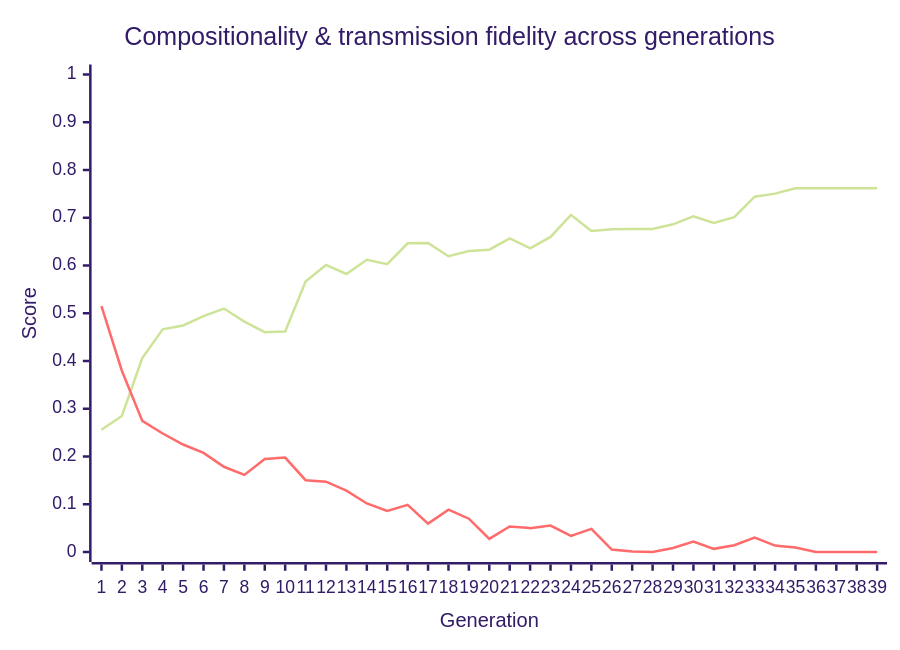
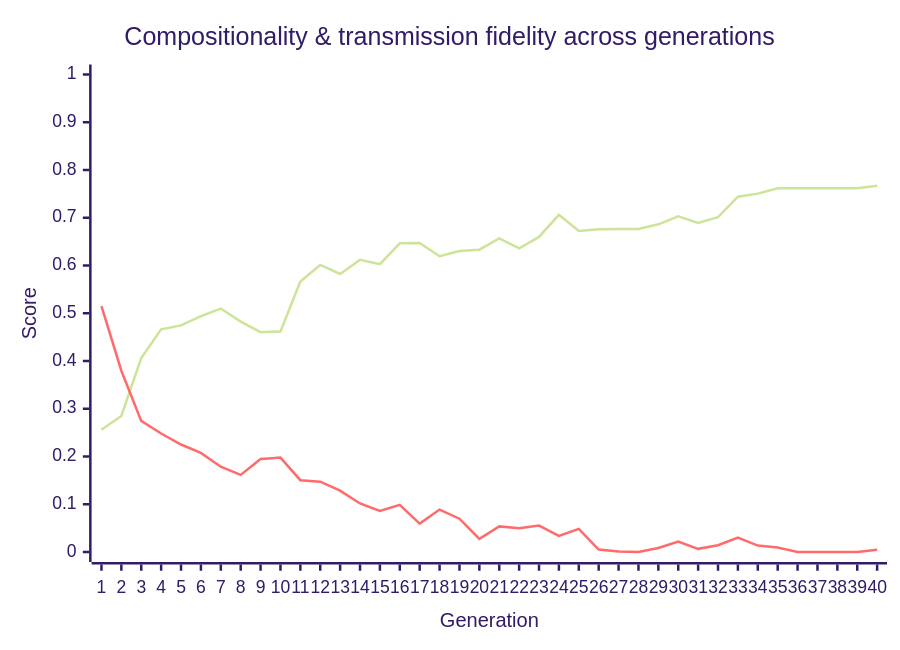
Before and after one commit to nichobbs/traditio: the diagram in metrics/latest-report.md, drawn with Mermaid (forest theme). The commit also changed other lines of this file and 1 other file, not shown here.

````diff
--- a/metrics/latest-report.md
+++ b/metrics/latest-report.md
@@ -40,8 +40,8 @@
 ```mermaid
 xychart-beta
     title "Compositionality & transmission fidelity across generations"
-    x-axis "Generation" [1, 2, 3, 4, 5, 6, 7, 8, 9, 10, 11, 12, 13, 14, 15, 16, 17, 18, 19, 20, 21, 22, 23, 24, 25, 26, 27, 28, 29, 30, 31, 32, 33, 34, 35, 36, 37, 38, 39]
+    x-axis "Generation" [1, 2, 3, 4, 5, 6, 7, 8, 9, 10, 11, 12, 13, 14, 15, 16, 17, 18, 19, 20, 21, 22, 23, 24, 25, 26, 27, 28, 29, 30, 31, 32, 33, 34, 35, 36, 37, 38, 39, 40]
     y-axis "Score" 0 --> 1
-    line "Compositionality" [0.2559, 0.2849, 0.4060, 0.4663, 0.4745, 0.4941, 0.5099, 0.4826, 0.4603, 0.4619, 0.5665, 0.6011, 0.5822, 0.6121, 0.6029, 0.6464, 0.6473, 0.6195, 0.6304, 0.6332, 0.6566, 0.6361, 0.6598, 0.7061, 0.6725, 0.6757, 0.6767, 0.6767, 0.6863, 0.7028, 0.6890, 0.7012, 0.7442, 0.7505, 0.7619, 0.7619, 0.7619, 0.7619, 0.7619]
-    line "Transmission Fidelity" [0.5148, 0.3796, 0.2746, 0.2481, 0.2251, 0.2074, 0.1785, 0.1615, 0.1949, 0.1977, 0.1504, 0.1472, 0.1286, 0.1016, 0.0861, 0.0987, 0.0594, 0.0888, 0.0697, 0.0276, 0.0536, 0.0500, 0.0553, 0.0339, 0.0483, 0.0051, 0.0012, 0.0000, 0.0083, 0.0219, 0.0066, 0.0142, 0.0301, 0.0134, 0.0092, 0.0000, 0.0000, 0.0000, 0.0000]
+    line "Compositionality" [0.2559, 0.2849, 0.4060, 0.4663, 0.4745, 0.4941, 0.5099, 0.4826, 0.4603, 0.4619, 0.5665, 0.6011, 0.5822, 0.6121, 0.6029, 0.6464, 0.6473, 0.6195, 0.6304, 0.6332, 0.6566, 0.6361, 0.6598, 0.7061, 0.6725, 0.6757, 0.6767, 0.6767, 0.6863, 0.7028, 0.6890, 0.7012, 0.7442, 0.7505, 0.7619, 0.7619, 0.7619, 0.7619, 0.7619, 0.7669]
+    line "Transmission Fidelity" [0.5148, 0.3796, 0.2746, 0.2481, 0.2251, 0.2074, 0.1785, 0.1615, 0.1949, 0.1977, 0.1504, 0.1472, 0.1286, 0.1016, 0.0861, 0.0987, 0.0594, 0.0888, 0.0697, 0.0276, 0.0536, 0.0500, 0.0553, 0.0339, 0.0483, 0.0051, 0.0012, 0.0000, 0.0083, 0.0219, 0.0066, 0.0142, 0.0301, 0.0134, 0.0092, 0.0000, 0.0000, 0.0000, 0.0000, 0.0047]
 ```
````
